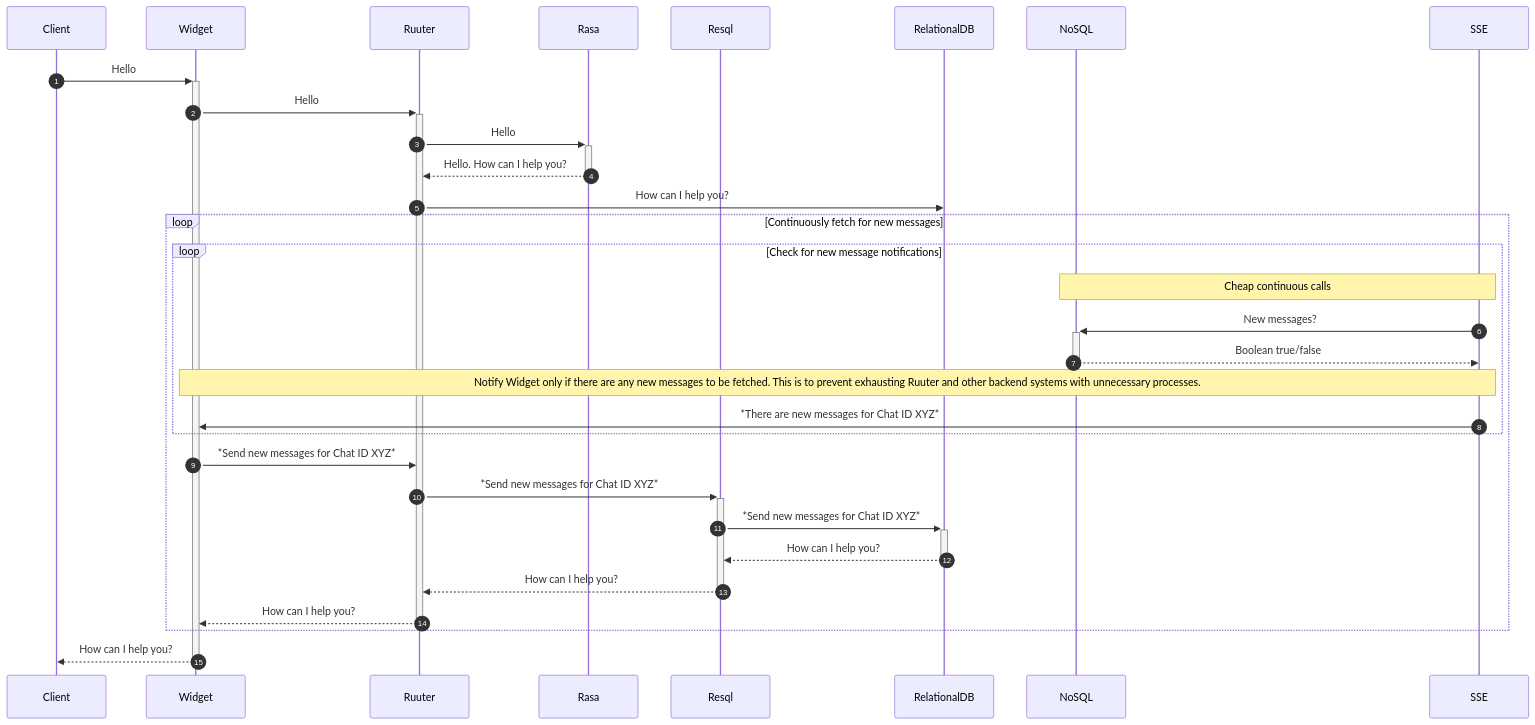
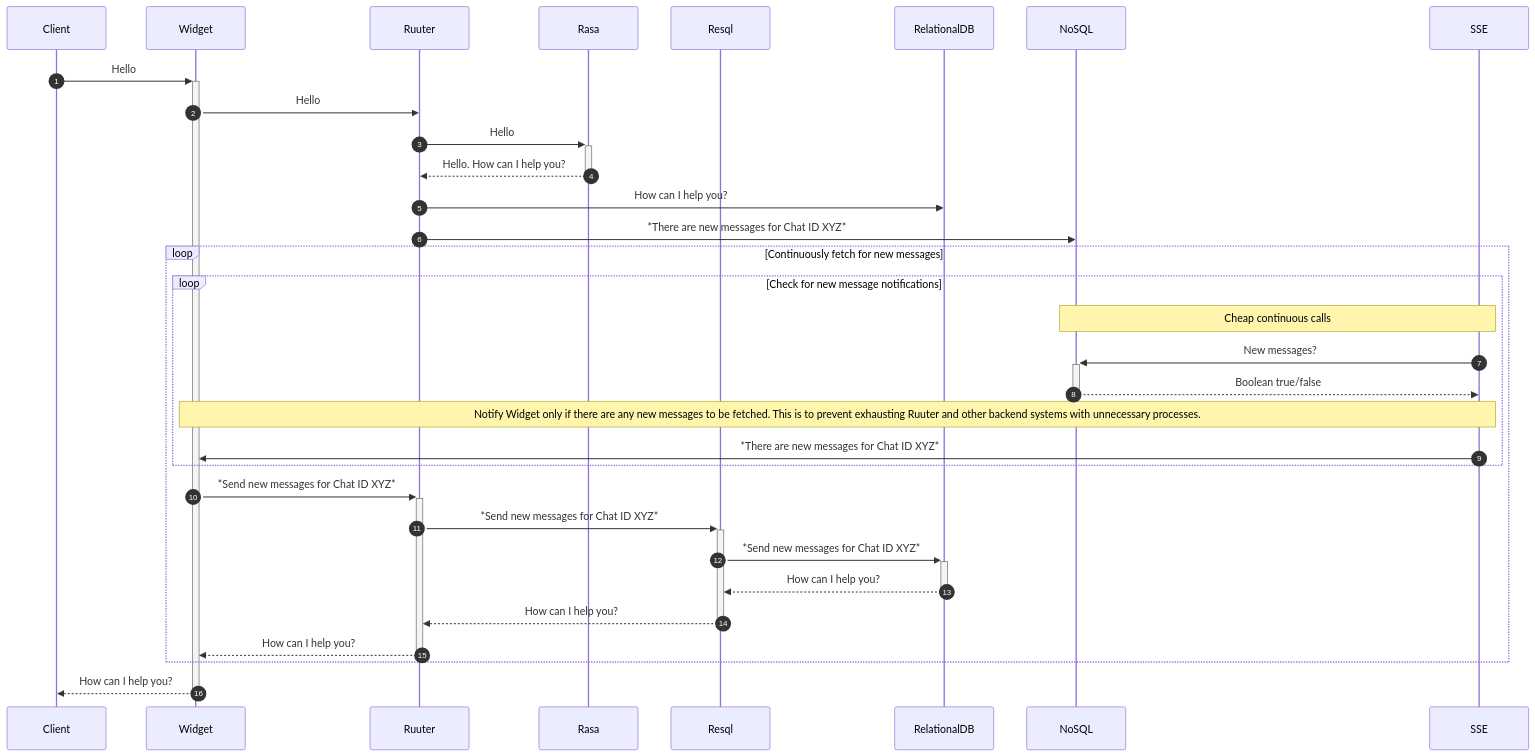
One commit to buerokratt/Architecture changed the first of 2 diagrams in docs/data-journey.md. Above: the diagram before and after it, drawn with Mermaid. The commit also changed other lines of this file, not shown here.

Commit message:
Specified the data journey flow
An initial Widget -> Ruuter request does not get any response from Ruuter other than HTTP response code. Fixed on diagram.

````diff
--- a/docs/data-journey.md
+++ b/docs/data-journey.md
@@ -29,37 +29,38 @@
 ```mermaid
 sequenceDiagram
   participant Client
   participant Widget
   participant Ruuter
   participant Rasa
   participant Resql
   participant RelationalDB
   participant NoSQL
   participant SSE
 
   autonumber
   Client->>+Widget: Hello
-  Widget->>+Ruuter: Hello
+  Widget->>Ruuter: Hello
   Ruuter->>+Rasa: Hello
   Rasa-->>-Ruuter: Hello. How can I help you?
   Ruuter->>RelationalDB: How can I help you?
+  Ruuter->>NoSQL: *There are new messages for Chat ID XYZ*
 
   loop Continuously fetch for new messages
     loop Check for new message notifications
       note over SSE,NoSQL: Cheap continuous calls
       SSE->>+NoSQL: New messages?
       NoSQL-->>-SSE: Boolean true/false
       note over Widget,SSE: Notify Widget only if there are any new messages to be fetched. This is to prevent exhausting Ruuter and other backend systems with unnecessary processes.
       SSE->>Widget: *There are new messages for Chat ID XYZ*
     end
 
-    Widget->>Ruuter: *Send new messages for Chat ID XYZ*
+    Widget->>+Ruuter: *Send new messages for Chat ID XYZ*
     Ruuter->>+Resql: *Send new messages for Chat ID XYZ*
     Resql->>+RelationalDB: *Send new messages for Chat ID XYZ*
     RelationalDB-->>-Resql: How can I help you?
     Resql-->>-Ruuter: How can I help you?
     Ruuter-->>-Widget: How can I help you?
   end
   
   Widget-->>-Client: How can I help you?
 ```
````
